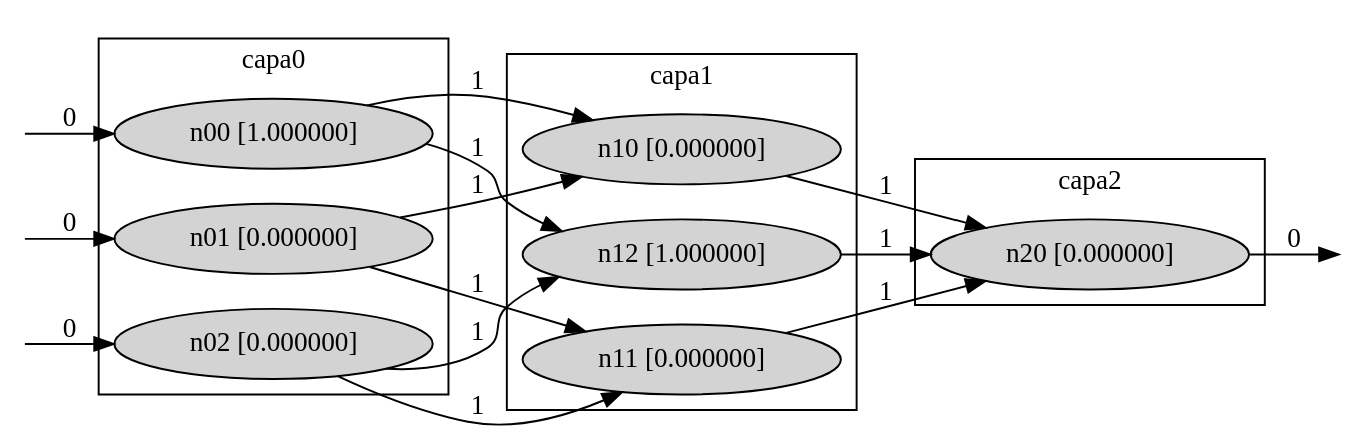
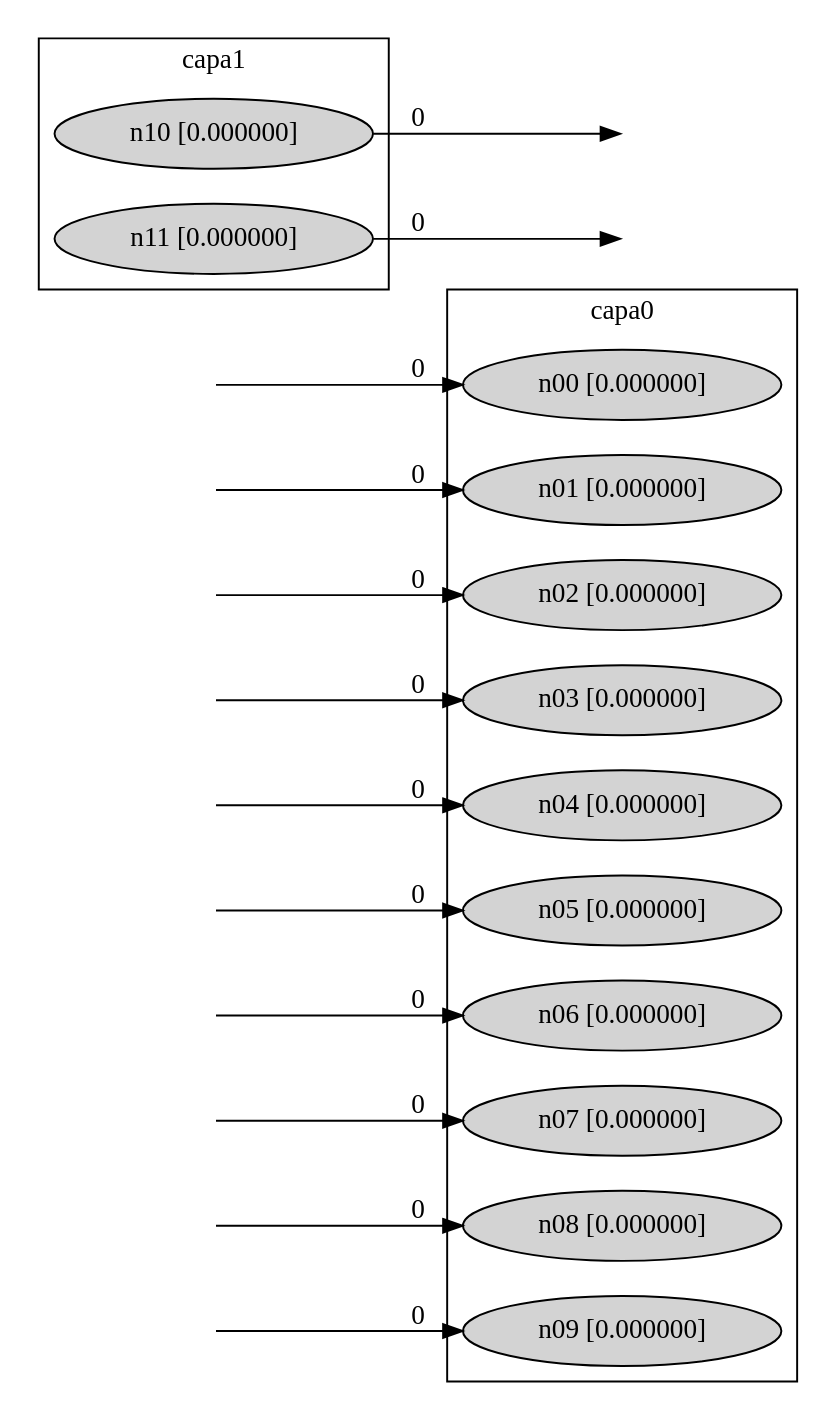
The diagram in test.dot (solanav/neuro), drawn with Graphviz before and after one commit. The commit also changed 11 other files, not shown here.

```diff
--- a/test.dot
+++ b/test.dot
@@ -1,39 +1,47 @@
 digraph graphname {
 	rankdir="LR";
 	subgraph cluster_0 {
 		node [style=filled];
-		"n00 [1.000000]";
+		"n00 [0.000000]";
 		"n01 [0.000000]";
 		"n02 [0.000000]";
+		"n03 [0.000000]";
+		"n04 [0.000000]";
+		"n05 [0.000000]";
+		"n06 [0.000000]";
+		"n07 [0.000000]";
+		"n08 [0.000000]";
+		"n09 [0.000000]";
 		label = "capa0";
 	}
 	subgraph cluster_1 {
 		node [style=filled];
 		"n10 [0.000000]";
 		"n11 [0.000000]";
-		"n12 [1.000000]";
 		label = "capa1";
 	}
-	subgraph cluster_2 {
-		node [style=filled];
-		"n20 [0.000000]";
-		label = "capa2";
-	}
-	"void_n00 [1.000000]" [style=invis,fixedsize=true,width=0];
-	"void_n00 [1.000000]" -> "n00 [1.000000]" [label=0];
-	"n00 [1.000000]" -> "n10 [0.000000]" [label=1];
-	"n00 [1.000000]" -> "n12 [1.000000]" [label=1];
+	"void_n00 [0.000000]" [style=invis,fixedsize=true,width=0];
+	"void_n00 [0.000000]" -> "n00 [0.000000]" [label=0];
 	"void_n01 [0.000000]" [style=invis,fixedsize=true,width=0];
 	"void_n01 [0.000000]" -> "n01 [0.000000]" [label=0];
-	"n01 [0.000000]" -> "n10 [0.000000]" [label=1];
-	"n01 [0.000000]" -> "n11 [0.000000]" [label=1];
 	"void_n02 [0.000000]" [style=invis,fixedsize=true,width=0];
 	"void_n02 [0.000000]" -> "n02 [0.000000]" [label=0];
-	"n02 [0.000000]" -> "n11 [0.000000]" [label=1];
-	"n02 [0.000000]" -> "n12 [1.000000]" [label=1];
-	"n10 [0.000000]" -> "n20 [0.000000]" [label=1];
-	"n11 [0.000000]" -> "n20 [0.000000]" [label=1];
-	"n12 [1.000000]" -> "n20 [0.000000]" [label=1];
-	"void_n20 [0.000000]" [style=invis,fixedsize=true,width=0];
-		"n20 [0.000000]" -> "void_n20 [0.000000]" [label=0];
+	"void_n03 [0.000000]" [style=invis,fixedsize=true,width=0];
+	"void_n03 [0.000000]" -> "n03 [0.000000]" [label=0];
+	"void_n04 [0.000000]" [style=invis,fixedsize=true,width=0];
+	"void_n04 [0.000000]" -> "n04 [0.000000]" [label=0];
+	"void_n05 [0.000000]" [style=invis,fixedsize=true,width=0];
+	"void_n05 [0.000000]" -> "n05 [0.000000]" [label=0];
+	"void_n06 [0.000000]" [style=invis,fixedsize=true,width=0];
+	"void_n06 [0.000000]" -> "n06 [0.000000]" [label=0];
+	"void_n07 [0.000000]" [style=invis,fixedsize=true,width=0];
+	"void_n07 [0.000000]" -> "n07 [0.000000]" [label=0];
+	"void_n08 [0.000000]" [style=invis,fixedsize=true,width=0];
+	"void_n08 [0.000000]" -> "n08 [0.000000]" [label=0];
+	"void_n09 [0.000000]" [style=invis,fixedsize=true,width=0];
+	"void_n09 [0.000000]" -> "n09 [0.000000]" [label=0];
+	"void_n10 [0.000000]" [style=invis,fixedsize=true,width=0];
+		"n10 [0.000000]" -> "void_n10 [0.000000]" [label=0];
+	"void_n11 [0.000000]" [style=invis,fixedsize=true,width=0];
+		"n11 [0.000000]" -> "void_n11 [0.000000]" [label=0];
 }
```
